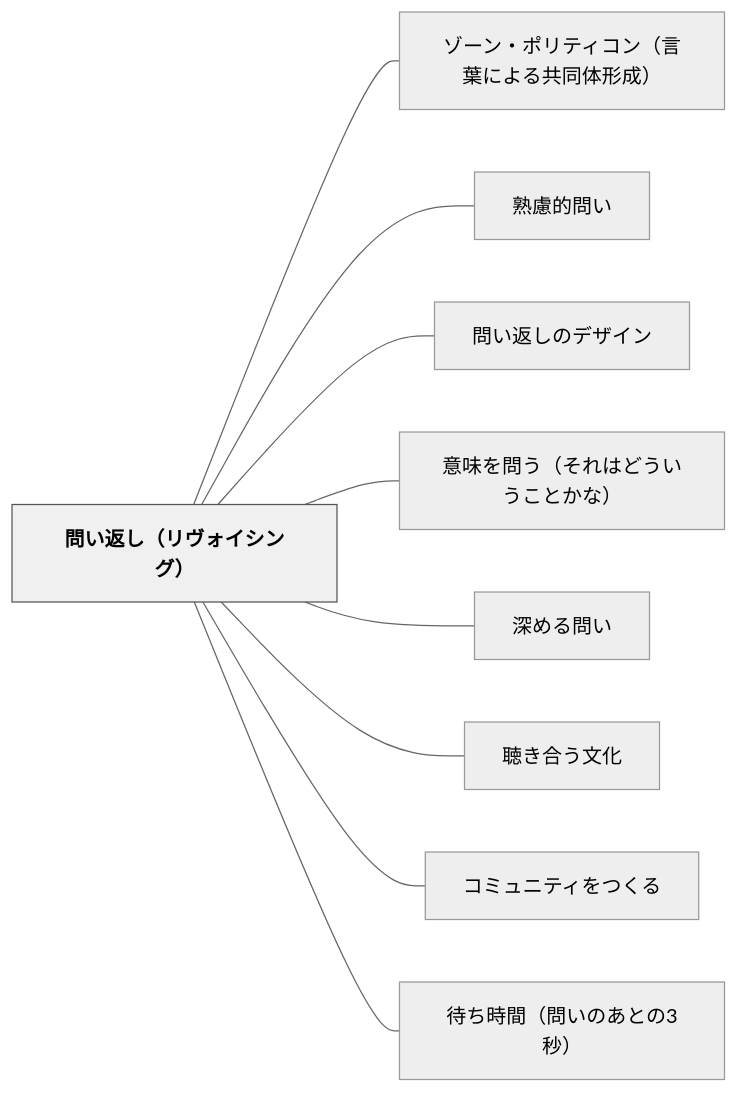
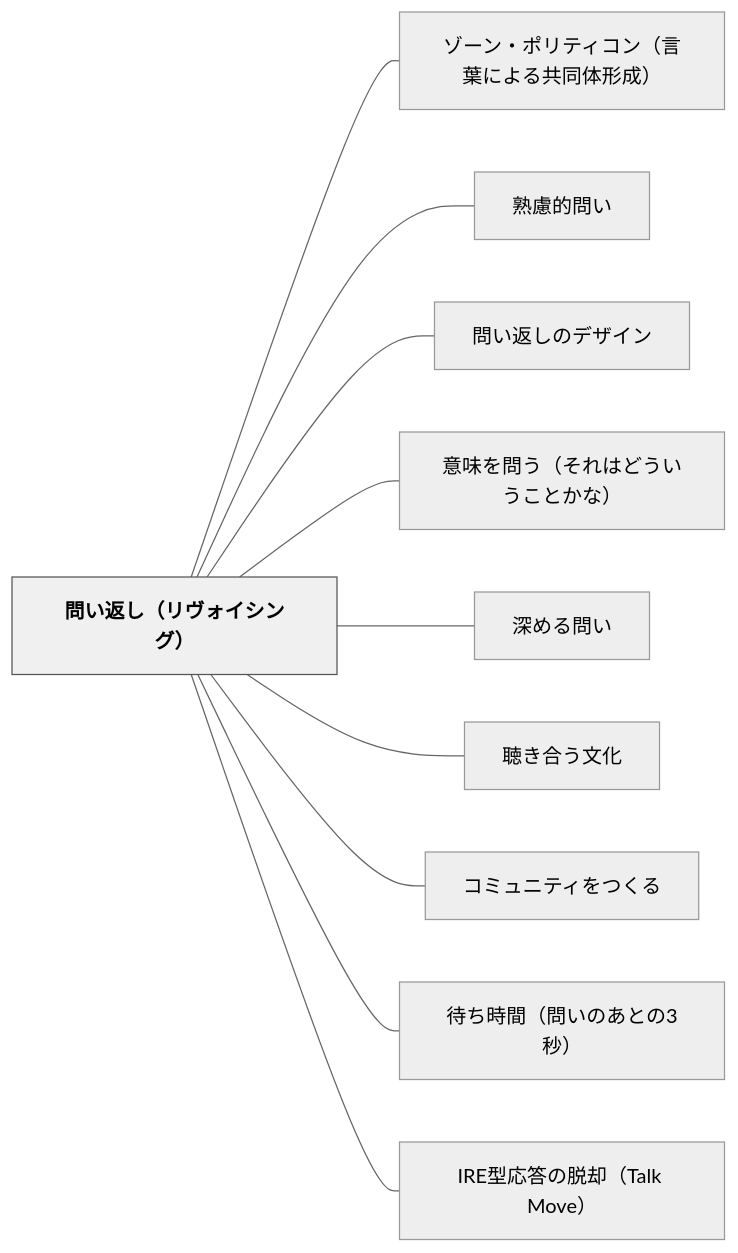
One commit to unknownthings-ed-patterns/unknownthings-ed-patterns changed the diagram in content/パタン/問い返し（リヴォイシング）.md. Above: the diagram before and after it, drawn with Mermaid (neutral theme). The commit also changed other lines of this file and 2 other files, not shown here.

Commit message:
auto: Obsidianから同期 2026-06-13 03:37

````diff
--- a/content/パタン/問い返し（リヴォイシング）.md
+++ b/content/パタン/問い返し（リヴォイシング）.md
@@ -72,24 +73,26 @@
 ```mermaid
 flowchart LR
     ne5958fe38184e8bf94e38197efbc88e383aae383b4e382a9e382a4e382b7e383b3e382b0efbc89["問い返し（リヴォイシング）"]
     ne382bee383bce383b3e383bbe3839de383aae38386e382a3e382b3e383b3efbc88e8a880e89189e381abe38288e3828be585b1e5908ce4bd93e5bda2e68890efbc89["ゾーン・ポリティコン（言葉による共同体形成）"]
     ne7869fe685aee79a84e5958fe38184["熟慮的問い"]
     ne5958fe38184e8bf94e38197e381aee38387e382b6e382a4e383b3["問い返しのデザイン"]
     ne6848fe591b3e38292e5958fe38186efbc88e3819de3828ce381afe381a9e38186e38184e38186e38193e381a8e3818be381aaefbc89["意味を問う（それはどういうことかな）"]
     ne6b7b1e38281e3828be5958fe38184["深める問い"]
     ne881b4e3818de59088e38186e69687e58c96["聴き合う文化"]
     ne382b3e3839fe383a5e3838be38386e382a3e38292e381a4e3818fe3828b["コミュニティをつくる"]
     ne5be85e381a1e69982e99693efbc88e5958fe38184e381aee38182e381a8e381ae33e7a792efbc89["待ち時間（問いのあとの3秒）"]
+    n495245e59e8be5bf9ce7ad94e381aee884b1e58db4efbc8854616c6b204d6f7665efbc89["IRE型応答の脱却（Talk Move）"]
 
     ne5958fe38184e8bf94e38197efbc88e383aae383b4e382a9e382a4e382b7e383b3e382b0efbc89 --- ne382bee383bce383b3e383bbe3839de383aae38386e382a3e382b3e383b3efbc88e8a880e89189e381abe38288e3828be585b1e5908ce4bd93e5bda2e68890efbc89
     ne5958fe38184e8bf94e38197efbc88e383aae383b4e382a9e382a4e382b7e383b3e382b0efbc89 --- ne7869fe685aee79a84e5958fe38184
     ne5958fe38184e8bf94e38197efbc88e383aae383b4e382a9e382a4e382b7e383b3e382b0efbc89 --- ne5958fe38184e8bf94e38197e381aee38387e382b6e382a4e383b3
     ne5958fe38184e8bf94e38197efbc88e383aae383b4e382a9e382a4e382b7e383b3e382b0efbc89 --- ne6848fe591b3e38292e5958fe38186efbc88e3819de3828ce381afe381a9e38186e38184e38186e38193e381a8e3818be381aaefbc89
     ne5958fe38184e8bf94e38197efbc88e383aae383b4e382a9e382a4e382b7e383b3e382b0efbc89 --- ne6b7b1e38281e3828be5958fe38184
     ne5958fe38184e8bf94e38197efbc88e383aae383b4e382a9e382a4e382b7e383b3e382b0efbc89 --- ne881b4e3818de59088e38186e69687e58c96
     ne5958fe38184e8bf94e38197efbc88e383aae383b4e382a9e382a4e382b7e383b3e382b0efbc89 --- ne382b3e3839fe383a5e3838be38386e382a3e38292e381a4e3818fe3828b
     ne5958fe38184e8bf94e38197efbc88e383aae383b4e382a9e382a4e382b7e383b3e382b0efbc89 --- ne5be85e381a1e69982e99693efbc88e5958fe38184e381aee38182e381a8e381ae33e7a792efbc89
+    ne5958fe38184e8bf94e38197efbc88e383aae383b4e382a9e382a4e382b7e383b3e382b0efbc89 --- n495245e59e8be5bf9ce7ad94e381aee884b1e58db4efbc8854616c6b204d6f7665efbc89
 
     classDef hub fill:#f0f0f0,stroke:#555,color:#000,font-weight:bold
     class ne5958fe38184e8bf94e38197efbc88e383aae383b4e382a9e382a4e382b7e383b3e382b0efbc89 hub
 ```
````
